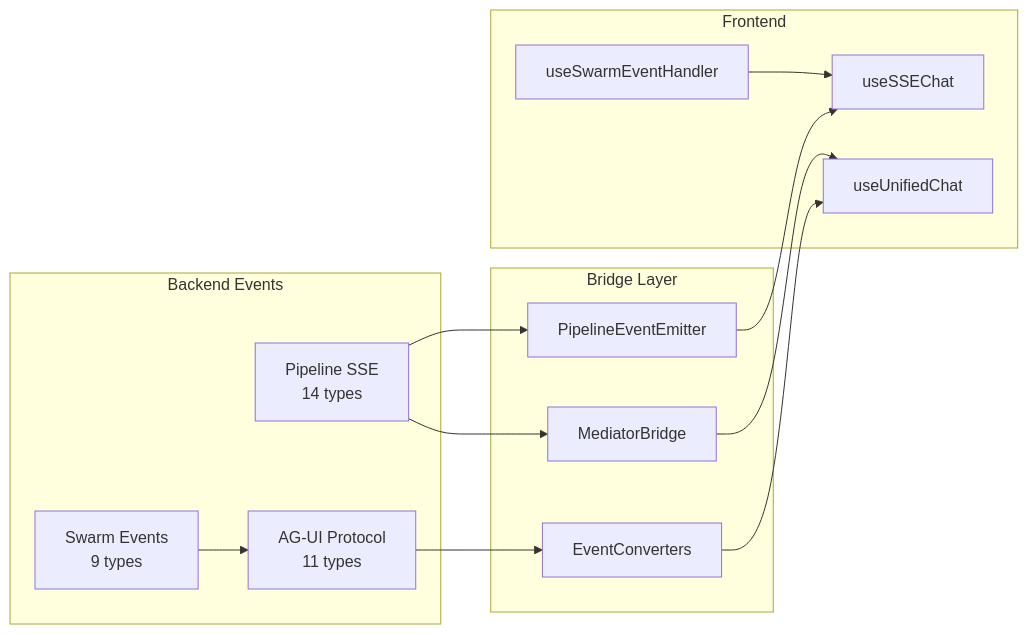
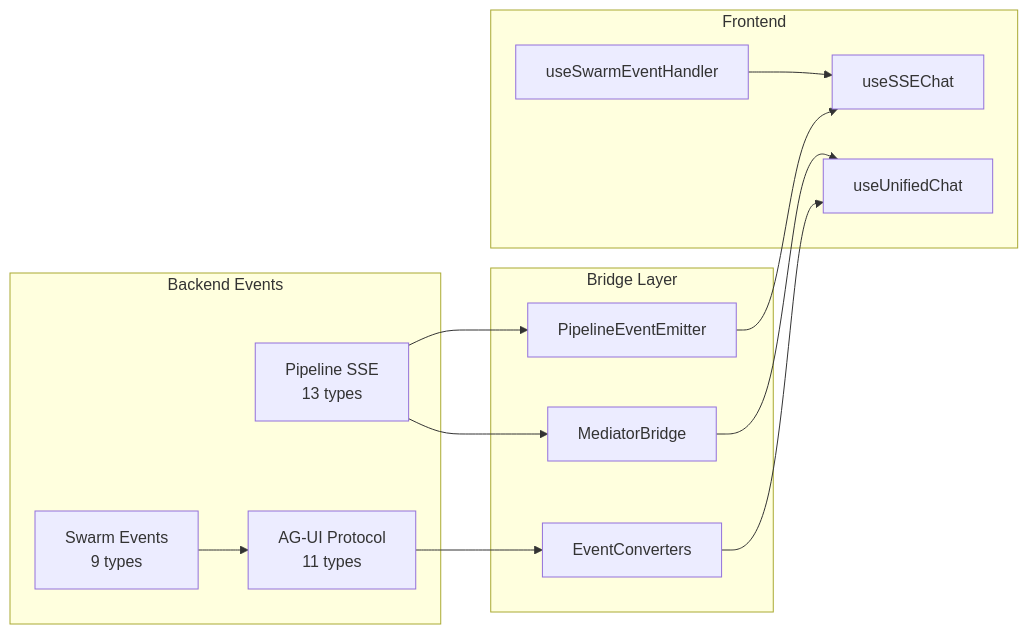
One commit to laitim2001/ai-semantic-kernel-framework-project changed the diagram in docs/07-analysis/V9/10-event-contracts/event-contracts.md. Above: the diagram before and after it, drawn with Mermaid. The commit also changed 20 other files, not shown here.

````diff
--- a/docs/07-analysis/V9/10-event-contracts/event-contracts.md
+++ b/docs/07-analysis/V9/10-event-contracts/event-contracts.md
@@ -13,24 +13,24 @@
 ```mermaid
 graph LR
     subgraph "Backend Events"
-        PIPE["Pipeline SSE<br/>14 types"]
+        PIPE["Pipeline SSE<br/>13 types"]
         AGUI["AG-UI Protocol<br/>11 types"]
         SWARM["Swarm Events<br/>9 types"]
     end
     subgraph "Bridge Layer"
         EMT["PipelineEventEmitter"]
         CONV["EventConverters"]
         MBRD["MediatorBridge"]
     end
     subgraph "Frontend"
         USSE["useSSEChat"]
         UUNI["useUnifiedChat"]
         USWM["useSwarmEventHandler"]
     end
 
     PIPE --> EMT --> USSE
     AGUI --> CONV --> UUNI
     SWARM --> AGUI
     PIPE --> MBRD --> UUNI
     USWM --> USSE
 ```
````
